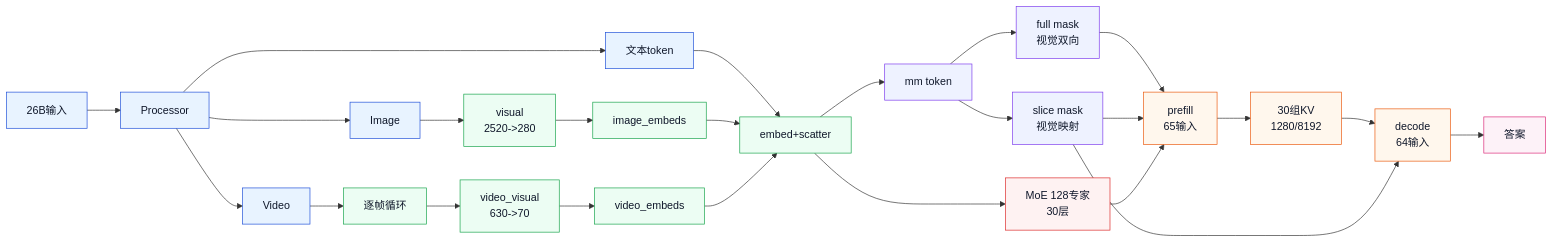
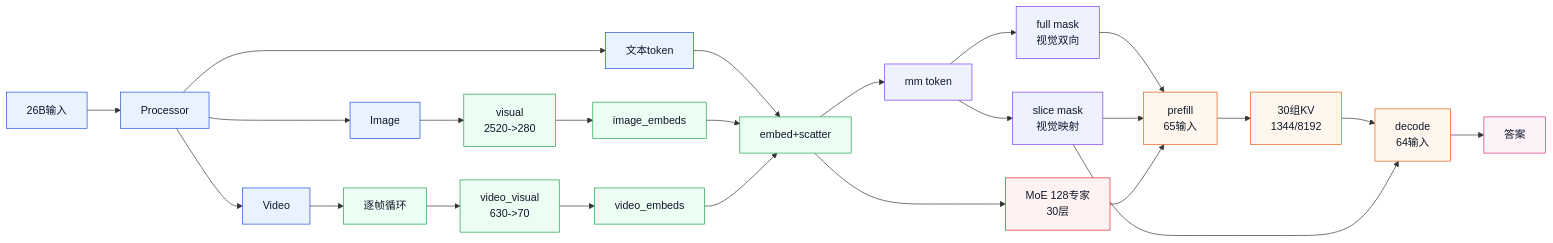
Before and after one commit to houmo-ai/houmo-xh2modelzoo: the fifth of 5 diagrams in docs/gemma4_series_merak_workflow_guide_20260621.md, drawn with Mermaid. The commit also changed other lines of this file and 43 other files, not shown here.

````diff
--- a/docs/gemma4_series_merak_workflow_guide_20260621.md
+++ b/docs/gemma4_series_merak_workflow_guide_20260621.md
@@ -921,42 +919,42 @@
 ```mermaid
 flowchart LR
   X[26B输入] --> P[Processor]
   P --> T[文本token]
   P --> I[Image]
   P --> V[Video]
 
   I --> VI[visual\n2520->280]
   V --> FV[逐帧循环]
   FV --> VV[video_visual\n630->70]
   VI --> IE[image_embeds]
   VV --> VE[video_embeds]
 
   T --> SC[embed+scatter]
   IE --> SC
   VE --> SC
   SC --> MM[mm token]
   MM --> FM[full mask\n视觉双向]
   MM --> SM[slice mask\n视觉映射]
 
   SC --> MOE[MoE 128专家\n30层]
   FM --> PF[prefill\n65输入]
   SM --> PF
   MOE --> PF
-  PF --> KV[30组KV\n1280/8192]
+  PF --> KV[30组KV\n1344/8192]
   KV --> DE[decode\n64输入]
   SM --> DE
   DE --> O[答案]
 
   classDef input fill:#E8F3FF,stroke:#1D4ED8,color:#0F172A;
   classDef sub fill:#ECFDF3,stroke:#16A34A,color:#0F172A;
   classDef mask fill:#EEF2FF,stroke:#7C3AED,color:#0F172A;
   classDef moe fill:#FEF2F2,stroke:#DC2626,color:#0F172A;
   classDef llm fill:#FFF7ED,stroke:#EA580C,color:#0F172A;
   classDef out fill:#FDF2F8,stroke:#DB2777,color:#0F172A;
   class X,P,T,I,V input;
   class VI,FV,VV,IE,VE,SC sub;
   class MM,FM,SM mask;
   class MOE moe;
   class PF,KV,DE llm;
   class O out;
 ```
````
